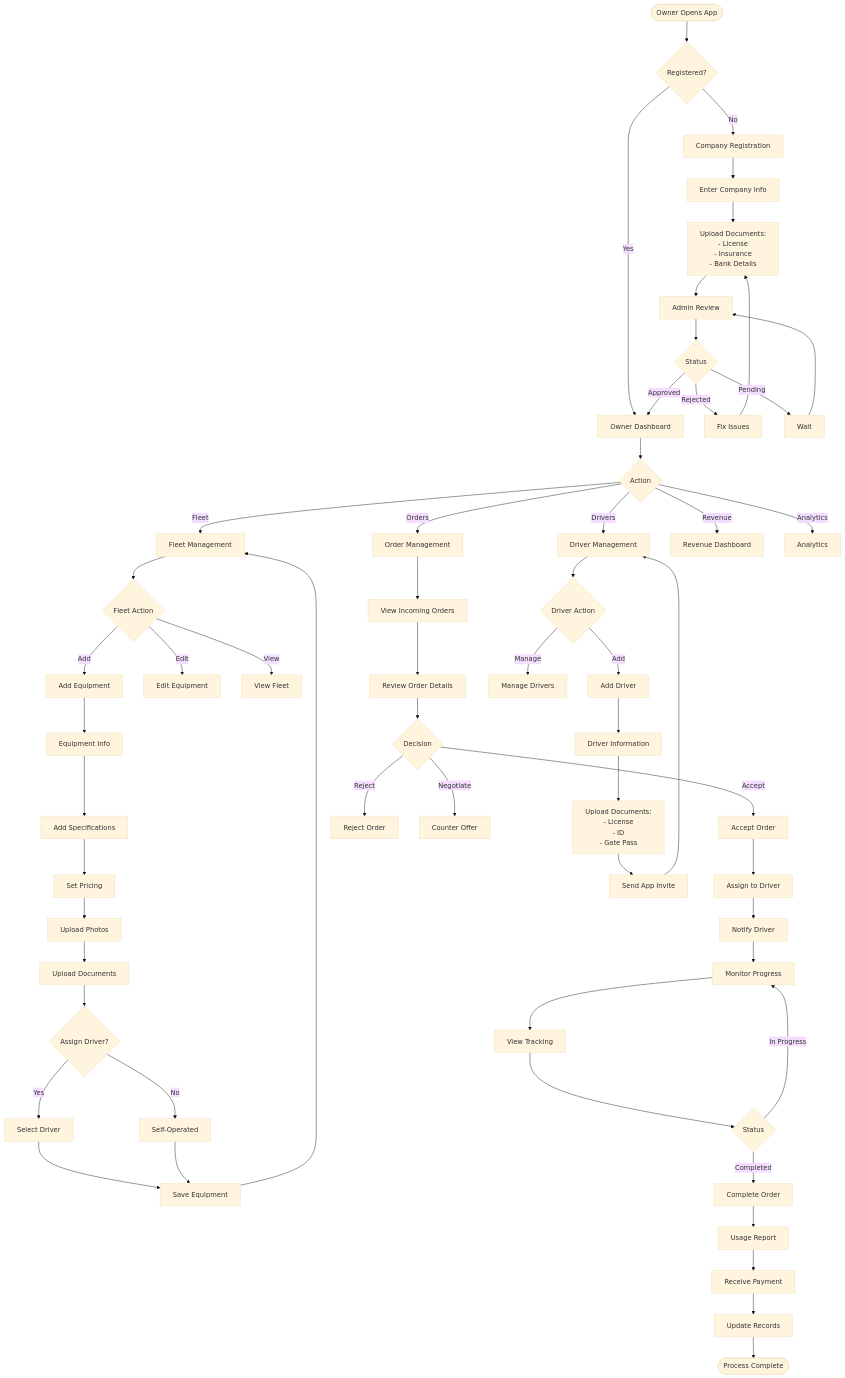
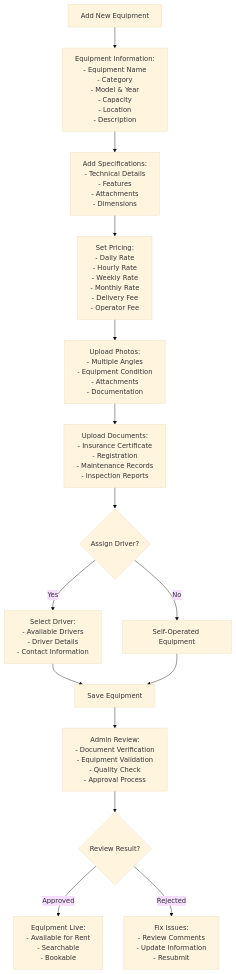
The fourth of 20 diagrams in 04_User_Experience_Flows.md (engaotb/YARDR), drawn with Mermaid (base theme) before and after one commit. The commit also changed other lines of this file, not shown here.

First line of the commit message:
Complete redesign of User Experience Flows

````diff
--- a/04_User_Experience_Flows.md
+++ b/04_User_Experience_Flows.md
@@ -105,78 +122,25 @@
 ```mermaid
 flowchart TD
-    Start([Owner Opens App]) --> OwnerAuth{Registered?}
+    AddEquipment[Add New Equipment] --> EquipmentInfo[Equipment Information:<br/>- Equipment Name<br/>- Category<br/>- Model & Year<br/>- Capacity<br/>- Location<br/>- Description]
     
-    OwnerAuth -->|No| OwnerSignup[Company Registration]
-    OwnerAuth -->|Yes| OwnerDash[Owner Dashboard]
+    EquipmentInfo --> Specifications[Add Specifications:<br/>- Technical Details<br/>- Features<br/>- Attachments<br/>- Dimensions]
     
-    OwnerSignup --> CompanyInfo[Enter Company Info]
-    CompanyInfo --> UploadDocs[Upload Documents:<br/>- License<br/>- Insurance<br/>- Bank Details]
-    UploadDocs --> AdminReview[Admin Review]
-    AdminReview --> ApprovalStatus{Status}
+    Specifications --> Pricing[Set Pricing:<br/>- Daily Rate<br/>- Hourly Rate<br/>- Weekly Rate<br/>- Monthly Rate<br/>- Delivery Fee<br/>- Operator Fee]
     
-    ApprovalStatus -->|Approved| OwnerDash
-    ApprovalStatus -->|Rejected| FixIssues[Fix Issues]
-    ApprovalStatus -->|Pending| WaitApproval[Wait]
+    Pricing --> Photos[Upload Photos:<br/>- Multiple Angles<br/>- Equipment Condition<br/>- Attachments<br/>- Documentation]
     
-    FixIssues --> UploadDocs
-    WaitApproval --> AdminReview
+    Photos --> Documents[Upload Documents:<br/>- Insurance Certificate<br/>- Registration<br/>- Maintenance Records<br/>- Inspection Reports]
     
-    OwnerDash --> OwnerAction{Action}
+    Documents --> DriverAssignment{Assign Driver?}
+    DriverAssignment -->|Yes| SelectDriver[Select Driver:<br/>- Available Drivers<br/>- Driver Details<br/>- Contact Information]
+    DriverAssignment -->|No| SelfOperated[Self-Operated Equipment]
     
-    OwnerAction -->|Fleet| FleetMgmt[Fleet Management]
-    OwnerAction -->|Orders| OrderMgmt[Order Management]
-    OwnerAction -->|Drivers| DriverMgmt[Driver Management]
-    OwnerAction -->|Revenue| RevenueDash[Revenue Dashboard]
-    OwnerAction -->|Analytics| Analytics[Analytics]
+    SelectDriver --> SaveEquipment[Save Equipment]
+    SelfOperated --> SaveEquipment
     
-    FleetMgmt --> FleetAction{Fleet Action}
-    FleetAction -->|Add| AddEquipment[Add Equipment]
-    FleetAction -->|Edit| EditEquipment[Edit Equipment]
-    FleetAction -->|View| ViewFleet[View Fleet]
+    SaveEquipment --> AdminReview[Admin Review:<br/>- Document Verification<br/>- Equipment Validation<br/>- Quality Check<br/>- Approval Process]
     
-    AddEquipment --> BasicInfo[Equipment Info]
-    BasicInfo --> Specifications[Add Specifications]
-    Specifications --> Pricing[Set Pricing]
-    Pricing --> Photos[Upload Photos]
-    Photos --> Documents[Upload Documents]
-    Documents --> AssignDriver{Assign Driver?}
-    
-    AssignDriver -->|Yes| SelectDriver[Select Driver]
-    AssignDriver -->|No| SelfOperated[Self-Operated]
-    
-    SelectDriver --> SaveEquipment
-    SelfOperated --> SaveEquipment[Save Equipment]
-    SaveEquipment --> FleetMgmt
-    
-    OrderMgmt --> IncomingOrders[View Incoming Orders]
-    IncomingOrders --> ReviewOrder[Review Order Details]
-    ReviewOrder --> OrderDecision{Decision}
-    
-    OrderDecision -->|Accept| AcceptOrder[Accept Order]
-    OrderDecision -->|Reject| RejectOrder[Reject Order]
-    OrderDecision -->|Negotiate| NegotiatePrice[Counter Offer]
-    
-    AcceptOrder --> AssignToDriver[Assign to Driver]
-    AssignToDriver --> NotifyDriver[Notify Driver]
-    NotifyDriver --> MonitorProgress[Monitor Progress]
-    
-    MonitorProgress --> TrackingView[View Tracking]
-    TrackingView --> OrderStatus{Status}
-    
-    OrderStatus -->|In Progress| MonitorProgress
-    OrderStatus -->|Completed| CompleteOrder[Complete Order]
-    
-    CompleteOrder --> GenerateReport[Usage Report]
-    GenerateReport --> ReceivePayment[Receive Payment]
-    ReceivePayment --> UpdateRecords[Update Records]
-    UpdateRecords --> End([Process Complete])
-    
-    DriverMgmt --> DriverAction{Driver Action}
-    DriverAction -->|Add| AddDriver[Add Driver]
-    DriverAction -->|Manage| ManageDrivers[Manage Drivers]
-    
-    AddDriver --> DriverInfo[Driver Information]
-    DriverInfo --> DriverDocs[Upload Documents:<br/>- License<br/>- ID<br/>- Gate Pass]
-    DriverDocs --> SendInvite[Send App Invite]
-    SendInvite --> DriverMgmt
+    AdminReview --> ReviewResult{Review Result?}
+    ReviewResult -->|Approved| EquipmentLive[Equipment Live:<br/>- Available for Rent<br/>- Searchable<br/>- Bookable]
+    ReviewResult -->|Rejected| FixIssues[Fix Issues:<br/>- Review Comments<br/>- Update Information<br/>- Resubmit]
 ```
````
